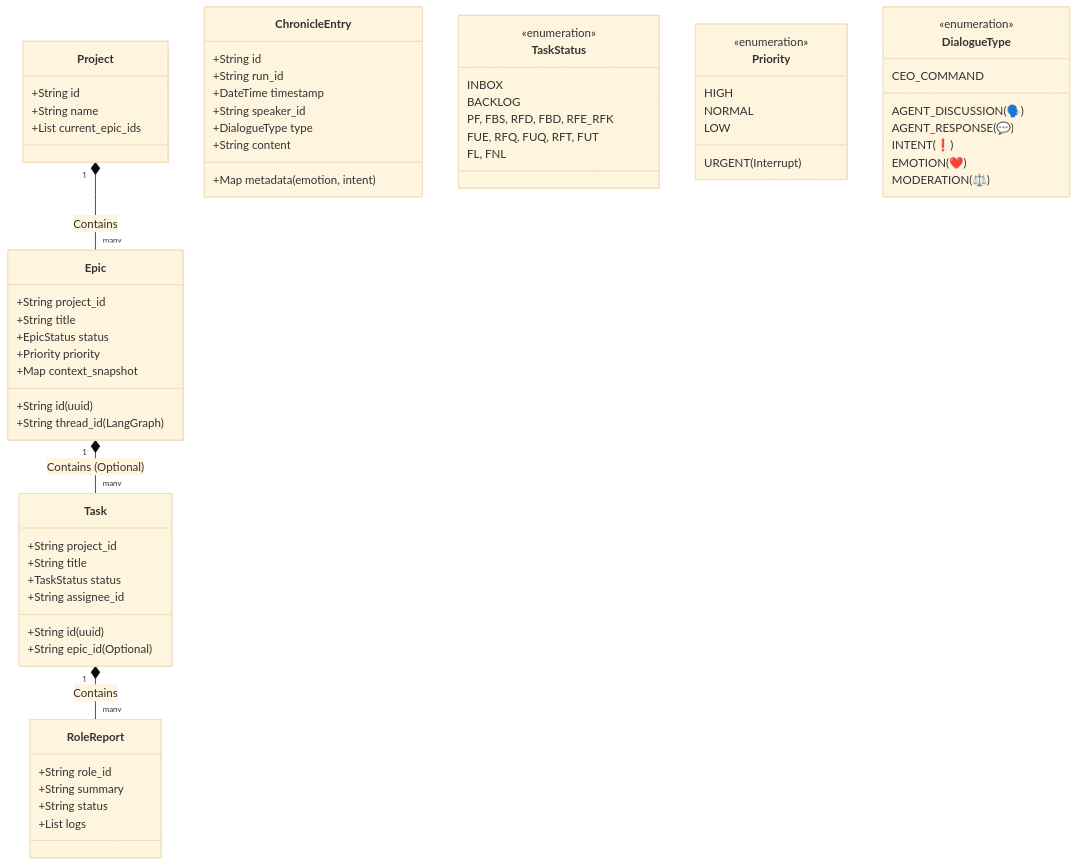
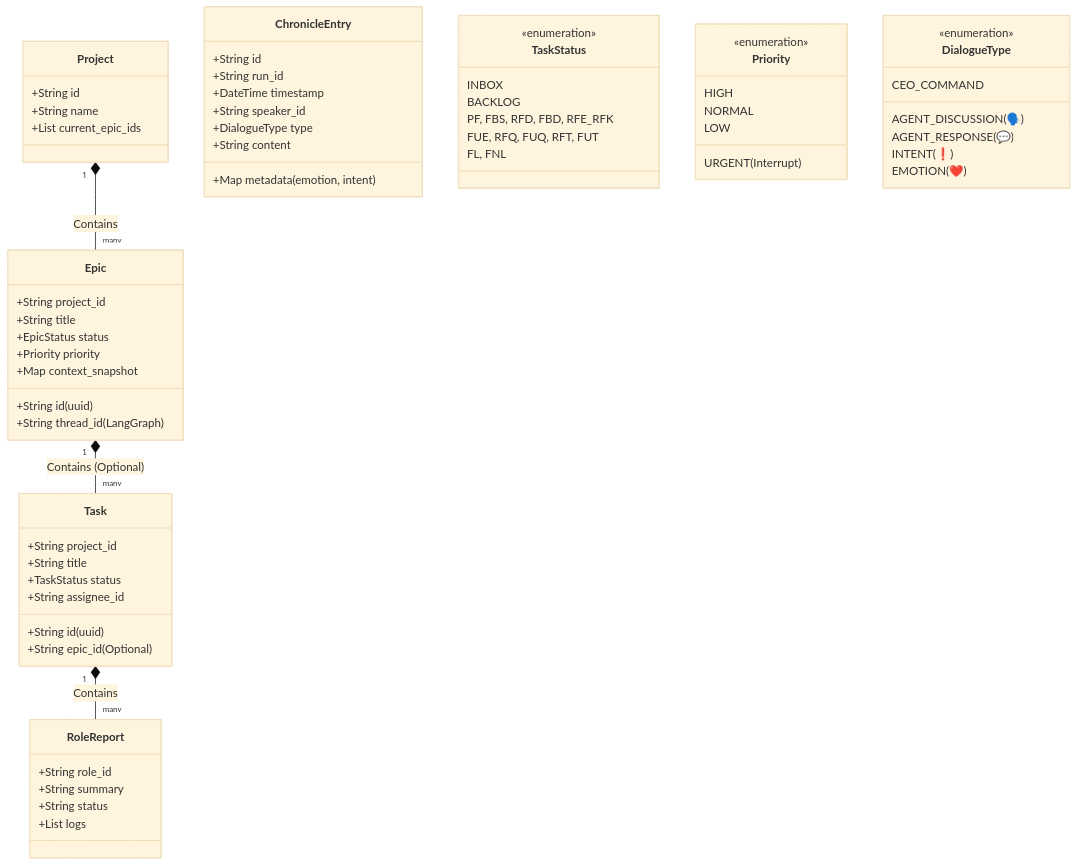
Before and after one commit to KyleL22/yuna-openclaw: the second of 2 diagrams in docs/core/process/SYSTEM_DESIGN_V1_0.md, drawn with Mermaid (base theme). The commit also changed other lines of this file and 3 other files, not shown here.

````diff
--- a/docs/core/process/SYSTEM_DESIGN_V1_0.md
+++ b/docs/core/process/SYSTEM_DESIGN_V1_0.md
@@ -72,77 +66,76 @@
 ```mermaid
 classDiagram
     %% Core Entities
     class Project {
         +String id
         +String name
         +List current_epic_ids
     }
 
     class Epic {
         +String id (uuid)
         +String project_id
         +String title
         +EpicStatus status
         +Priority priority
         +String thread_id (LangGraph)
         +Map context_snapshot
     }
 
     class Task {
         +String id (uuid)
         +String epic_id (Optional)
         +String project_id
         +String title
         +TaskStatus status
         +String assignee_id
     }
 
     class RoleReport {
         +String role_id
         +String summary
         +String status
         +List logs
     }
 
     class ChronicleEntry {
         +String id
         +String run_id
         +DateTime timestamp
         +String speaker_id
         +DialogueType type
         +String content
         +Map metadata (emotion, intent)
     }
 
     %% Enums
     class TaskStatus {
         <<enumeration>>
         INBOX
         BACKLOG
         PF, FBS, RFD, FBD, RFE_RFK
         FUE, RFQ, FUQ, RFT, FUT
         FL, FNL
     }
 
     class Priority {
         <<enumeration>>
         URGENT (Interrupt)
         HIGH
         NORMAL
         LOW
     }
 
     class DialogueType {
         <<enumeration>>
         CEO_COMMAND
         AGENT_DISCUSSION (🗣️)
         AGENT_RESPONSE (💬)
         INTENT (❗️)
         EMOTION (❤️)
-        MODERATION (⚖️)
     }
 
     Project "1" *-- "many" Epic : Contains
     Epic "1" *-- "many" Task : Contains (Optional)
     Task "1" *-- "many" RoleReport : Contains
 ```
````
